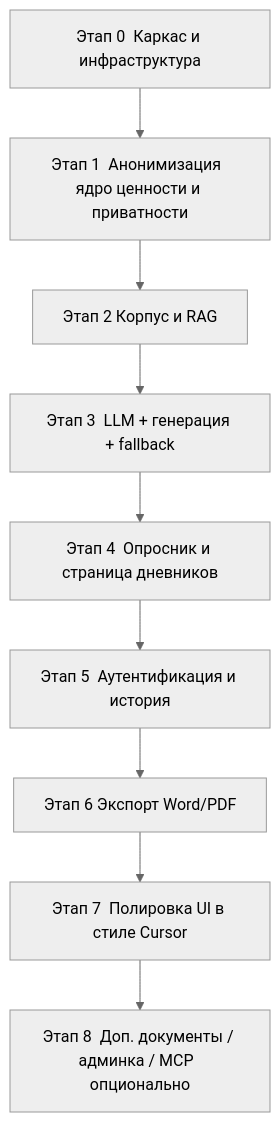
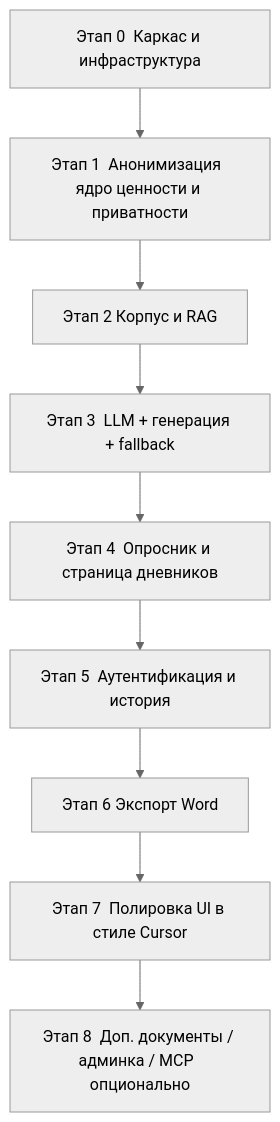
One commit to kemberl1/psynote changed the diagram in docs/10_roadmap_stepbystep.md. Above: the diagram before and after it, drawn with Mermaid (neutral theme). The commit also changed other lines of this file and 66 other files, not shown here.

````diff
--- a/docs/10_roadmap_stepbystep.md
+++ b/docs/10_roadmap_stepbystep.md
@@ -13,11 +13,11 @@
 ```mermaid
 flowchart TB
     E0[Этап 0  Каркас и инфраструктура] --> E1[Этап 1  Анонимизация  ядро ценности и приватности]
     E1 --> E2[Этап 2  Корпус и RAG]
     E2 --> E3[Этап 3  LLM + генерация + fallback]
     E3 --> E4[Этап 4  Опросник и страница дневников]
     E4 --> E5[Этап 5  Аутентификация и история]
-    E5 --> E6[Этап 6  Экспорт Word/PDF]
+    E5 --> E6[Этап 6  Экспорт Word]
     E6 --> E7[Этап 7  Полировка UI в стиле Cursor]
     E7 --> E8[Этап 8  Доп. документы / админка / MCP  опционально]
 ```
````
